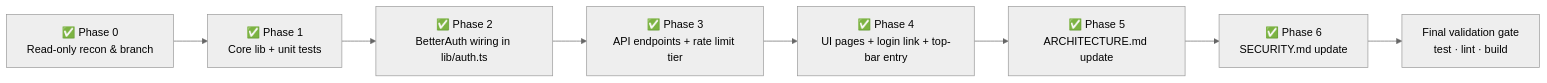
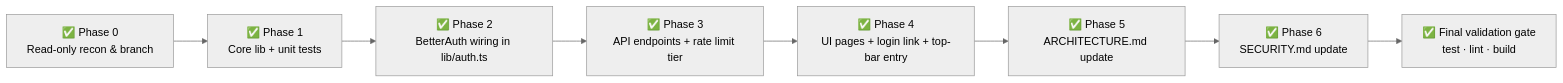
One commit to johnlynas/nipp changed the diagram in .hermes/plans/2026-10-29_155244-forgot-password-plan.md. Above: the diagram before and after it, drawn with Mermaid (neutral theme). The commit also changed other lines of this file and 2 other files, not shown here.

````diff
--- a/.hermes/plans/2026-10-29_155244-forgot-password-plan.md
+++ b/.hermes/plans/2026-10-29_155244-forgot-password-plan.md
@@ -17,10 +17,10 @@
 ```mermaid
 flowchart LR
     P0[✅ Phase 0<br/>Read-only recon & branch] --> P1[✅ Phase 1<br/>Core lib + unit tests]
     P1 --> P2[✅ Phase 2<br/>BetterAuth wiring in lib/auth.ts]
     P2 --> P3[✅ Phase 3<br/>API endpoints + rate limit tier]
     P3 --> P4[✅ Phase 4<br/>UI pages + login link + top-bar entry]
     P4 --> P5[✅ Phase 5<br/>ARCHITECTURE.md update]
     P5 --> P6[✅ Phase 6<br/>SECURITY.md update]
-    P6 --> FIN[Final validation gate<br/>test · lint · build]
+    P6 --> FIN[✅ Final validation gate<br/>test · lint · build]
 ```
````
